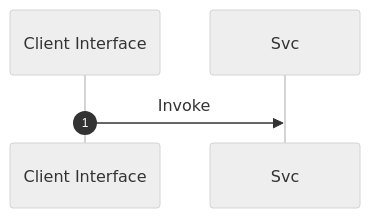
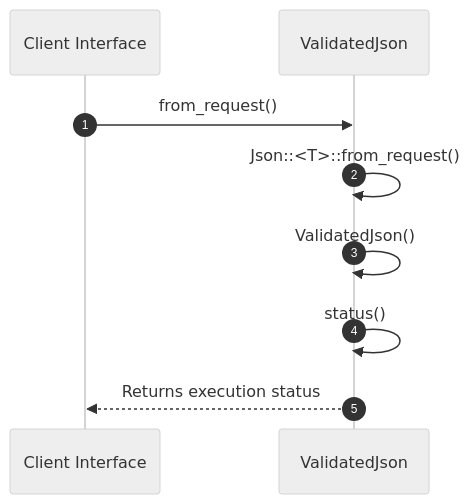
The second of 2 diagrams in openwiki/modules/src/interface/http/validation.md (lgcorzo/fastapi-autogen-team), drawn with Mermaid (neutral theme) before and after one commit. The commit also changed other lines of this file and 33 other files, not shown here.

Commit message:
Fix PlantUML syntax, missing diagrams, and link formatting in doc generator

````diff
--- a/openwiki/modules/src/interface/http/validation.md
+++ b/openwiki/modules/src/interface/http/validation.md
@@ -35,6 +44,11 @@
 ```mermaid
 sequenceDiagram
     autonumber
     participant Caller as Client Interface
-    Caller->>Svc: Invoke
+    participant Svc as ValidatedJson
+    Caller->>Svc: from_request()
+    Svc->>Svc: Json::<T>::from_request()
+    Svc->>Svc: ValidatedJson()
+    Svc->>Svc: status()
+    Svc-->>Caller: Returns execution status
 ```
````
